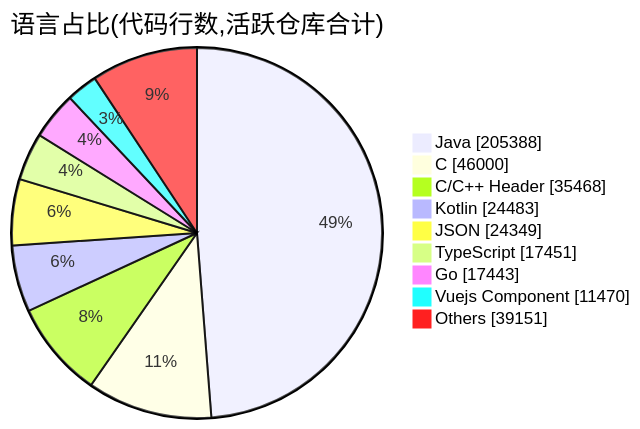
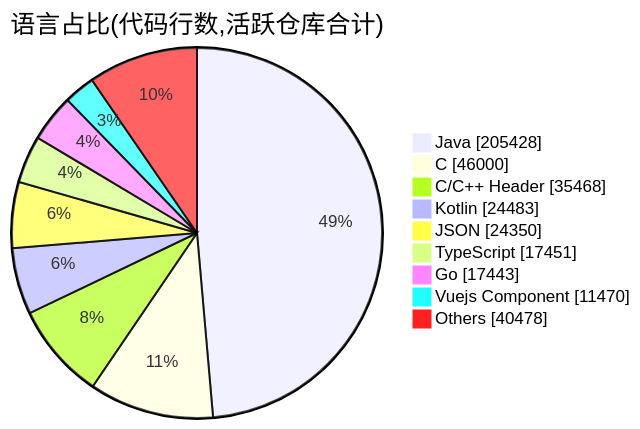
The second of 2 diagrams in profile/README.md (Conflux-Union/.github), drawn with Mermaid before and after one commit. The commit also changed other lines of this file and 1 other file, not shown here.

````diff
--- a/profile/README.md
+++ b/profile/README.md
@@ -82,13 +82,13 @@
 ```mermaid
 pie showData
     title 语言占比(代码行数,活跃仓库合计)
-    "Java" : 205388
+    "Java" : 205428
     "C" : 46000
     "C/C++ Header" : 35468
     "Kotlin" : 24483
-    "JSON" : 24349
+    "JSON" : 24350
     "TypeScript" : 17451
     "Go" : 17443
     "Vuejs Component" : 11470
-    "Others" : 39151
+    "Others" : 40478
 ```
````
